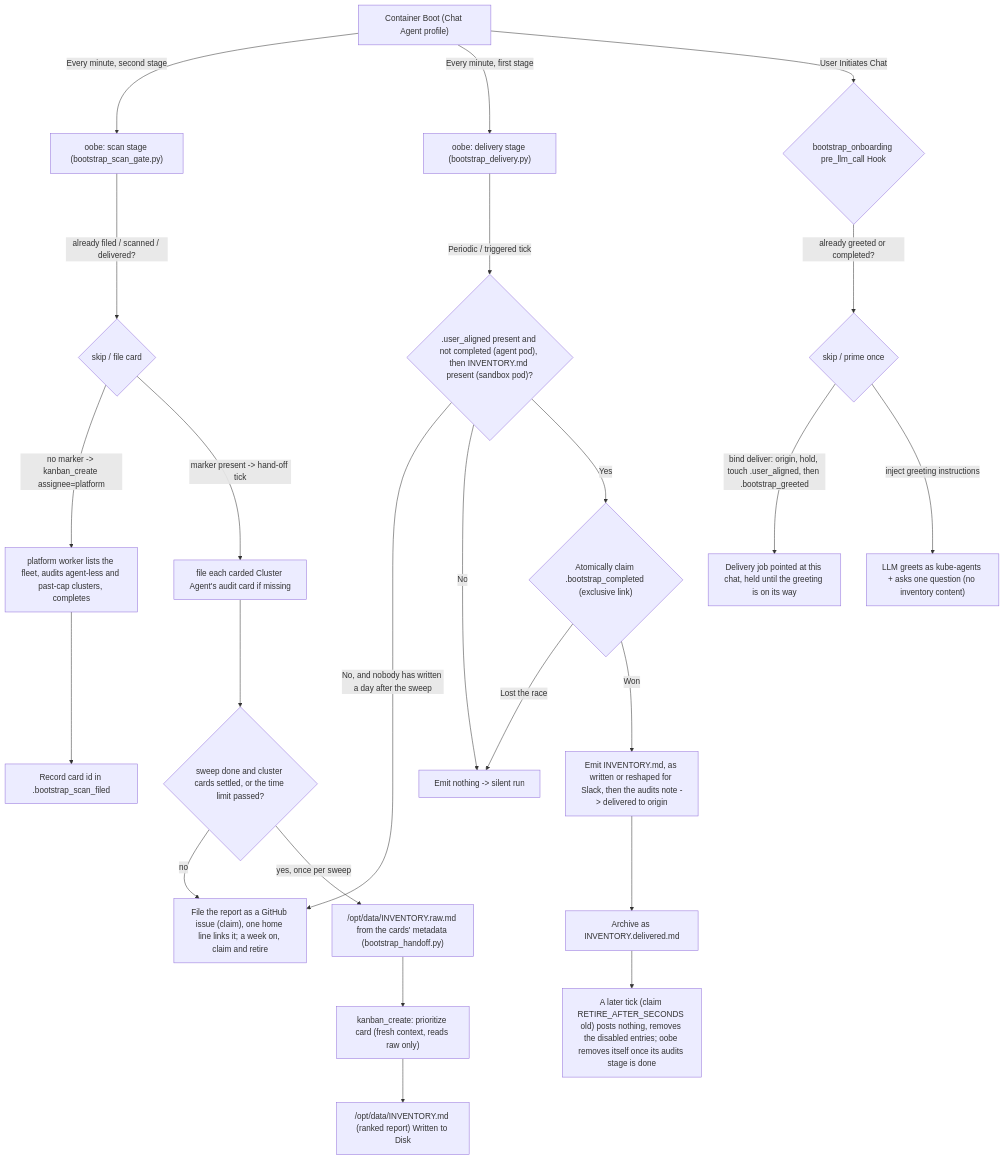
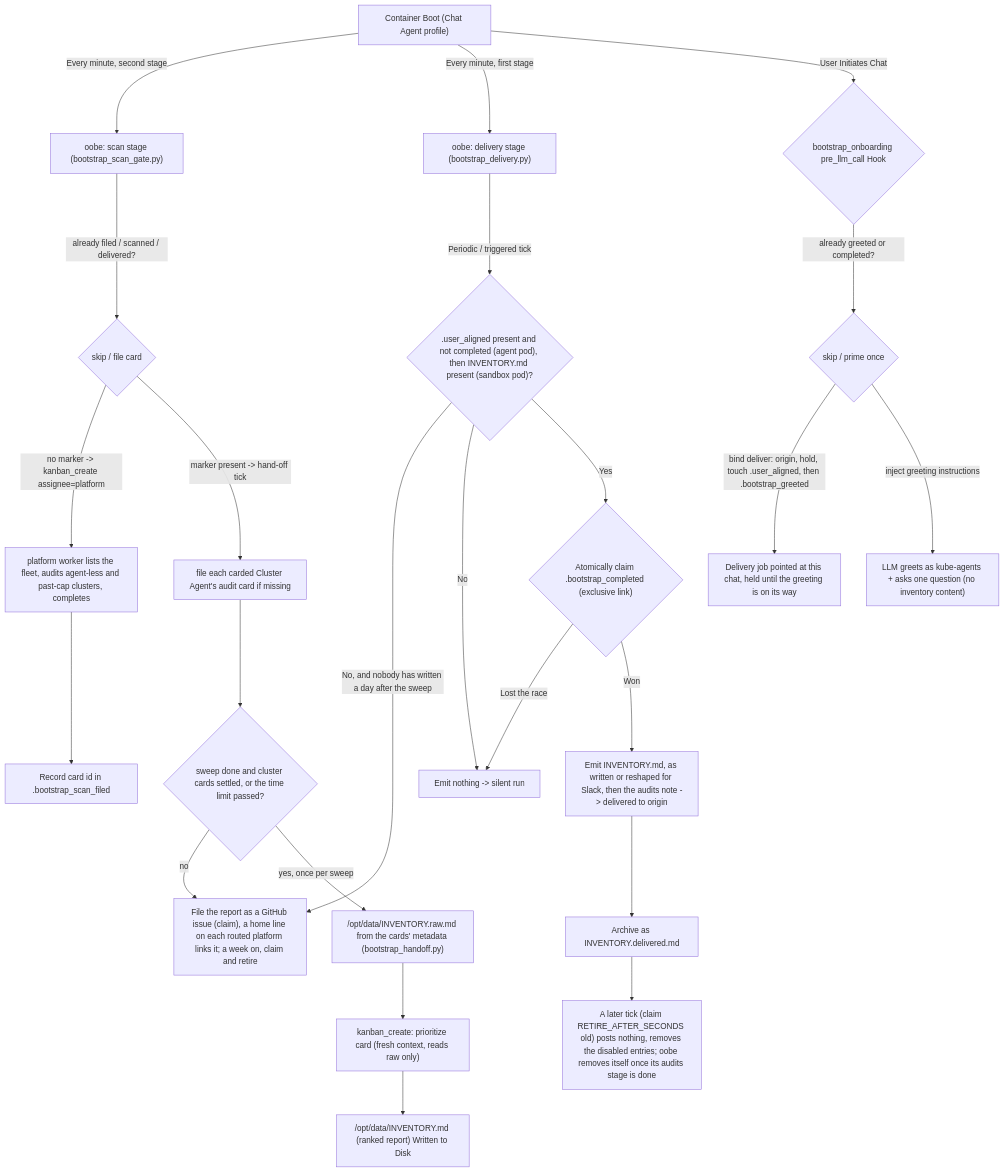
One commit to gke-labs/kube-agents changed the first of 3 diagrams in agents/chat/defaults/plugins/bootstrap_onboarding/README.md. Above: the diagram before and after it, drawn with Mermaid. The commit also changed 5 other files, not shown here.

````diff
--- a/agents/chat/defaults/plugins/bootstrap_onboarding/README.md
+++ b/agents/chat/defaults/plugins/bootstrap_onboarding/README.md
@@ -61,29 +61,29 @@
 ```mermaid
 graph TD
     A["Container Boot (Chat Agent profile)"] -->|Every minute, second stage| B["oobe: scan stage (bootstrap_scan_gate.py)"]
     A -->|Every minute, first stage| C["oobe: delivery stage (bootstrap_delivery.py)"]
     A -->|User Initiates Chat| D{"bootstrap_onboarding pre_llm_call Hook"}
 
     B -->|already filed / scanned / delivered?| B2{"skip / file card"}
     B2 -->|no marker -> kanban_create assignee=platform| P["platform worker lists the fleet, audits agent-less and past-cap clusters, completes"]
     P --> PM["Record card id in .bootstrap_scan_filed"]
     B2 -->|marker present -> hand-off tick| HF["file each carded Cluster Agent's audit card if missing"]
     HF --> HO{"sweep done and cluster cards settled, or the time limit passed?"}
     HO -->|no| F["Silent (wait for the next tick)"]
     HO -->|yes, once per sweep| R["/opt/data/INVENTORY.raw.md from the cards' metadata (bootstrap_handoff.py)"]
     R --> Q["kanban_create: prioritize card (fresh context, reads raw only)"]
     Q --> E["/opt/data/INVENTORY.md (ranked report) Written to Disk"]
 
     D -->|already greeted or completed?| DG{"skip / prime once"}
     DG -->|bind deliver: origin, hold, touch .user_aligned, then .bootstrap_greeted| G["Delivery job pointed at this chat, held until the greeting is on its way"]
     DG -->|inject greeting instructions| H["LLM greets as kube-agents + asks one question (no inventory content)"]
 
     C -->|Periodic / triggered tick| I{".user_aligned present and not completed (agent pod), then INVENTORY.md present (sandbox pod)?"}
-    I -->|No, and nobody has written a day after the sweep| F["File the report as a GitHub issue (claim), one home line links it; a week on, claim and retire"]
+    I -->|No, and nobody has written a day after the sweep| F["File the report as a GitHub issue (claim), a home line on each routed platform links it; a week on, claim and retire"]
     I -->|No| J["Emit nothing -> silent run"]
     I -->|Yes| CL{"Atomically claim .bootstrap_completed (exclusive link)"}
     CL -->|Lost the race| J
     CL -->|Won| K["Emit INVENTORY.md, as written or reshaped for Slack, then the audits note -> delivered to origin"]
     K --> L["Archive as INVENTORY.delivered.md"]
     L --> RT["A later tick (claim RETIRE_AFTER_SECONDS old) posts nothing, removes the disabled entries; oobe removes itself once its audits stage is done"]
 ```
````
